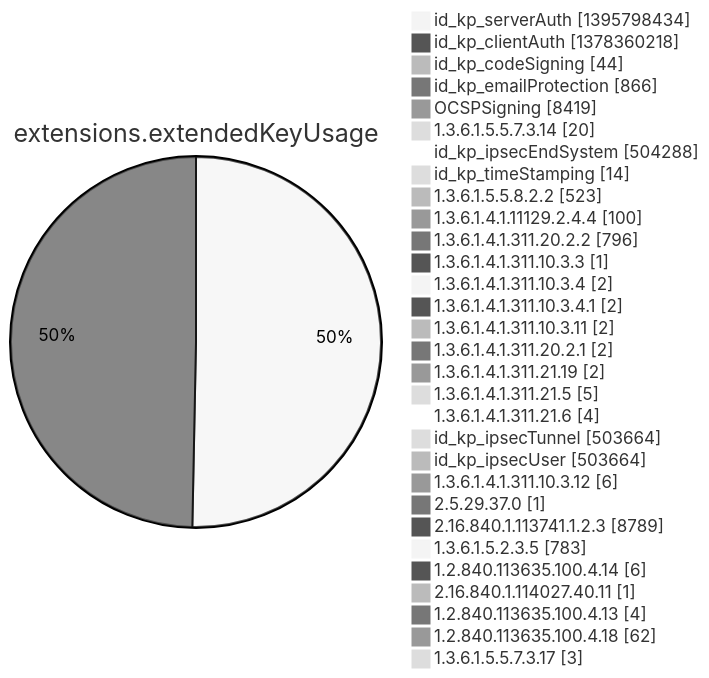
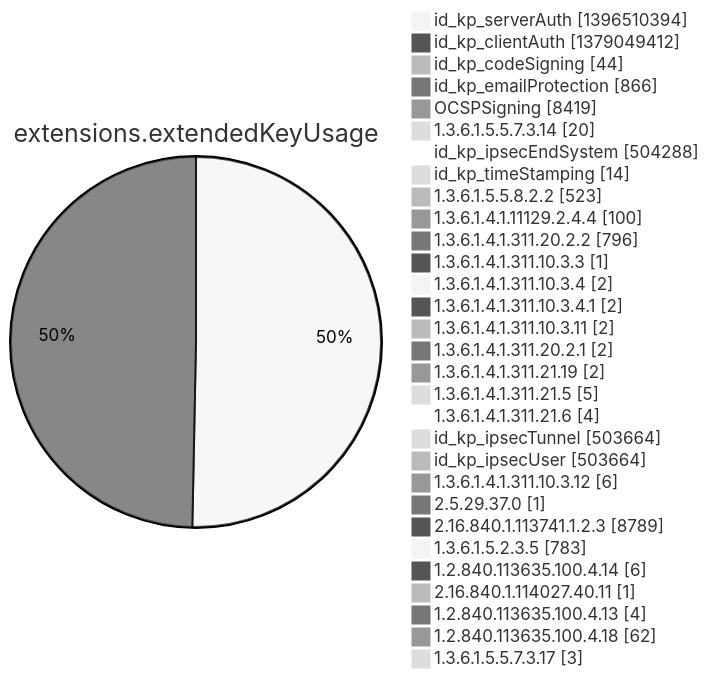
Diagram 12 of 15 in argon2022/README.md (christiankrug/ctmonitor_visualization), drawn with Mermaid (neutral theme) before and after one commit. The commit also changed other lines of this file, not shown here.

````diff
--- a/argon2022/README.md
+++ b/argon2022/README.md
@@ -3554,34 +3554,34 @@
 ```mermaid
 pie showData
 title extensions.extendedKeyUsage
-"id_kp_serverAuth" :1395798434
-"id_kp_clientAuth" :1378360218
+"id_kp_serverAuth" :1396510394
+"id_kp_clientAuth" :1379049412
 "id_kp_codeSigning" :44
 "id_kp_emailProtection" :866
 "OCSPSigning" :8419
 "1.3.6.1.5.5.7.3.14" :20
 "id_kp_ipsecEndSystem" :504288
 "id_kp_timeStamping" :14
 "1.3.6.1.5.5.8.2.2" :523
 "1.3.6.1.4.1.11129.2.4.4" :100
 "1.3.6.1.4.1.311.20.2.2" :796
 "1.3.6.1.4.1.311.10.3.3" :1
 "1.3.6.1.4.1.311.10.3.4" :2
 "1.3.6.1.4.1.311.10.3.4.1" :2
 "1.3.6.1.4.1.311.10.3.11" :2
 "1.3.6.1.4.1.311.20.2.1" :2
 "1.3.6.1.4.1.311.21.19" :2
 "1.3.6.1.4.1.311.21.5" :5
 "1.3.6.1.4.1.311.21.6" :4
 "id_kp_ipsecTunnel" :503664
 "id_kp_ipsecUser" :503664
 "1.3.6.1.4.1.311.10.3.12" :6
 "2.5.29.37.0" :1
 "2.16.840.1.113741.1.2.3" :8789
 "1.3.6.1.5.2.3.5" :783
 "1.2.840.113635.100.4.14" :6
 "2.16.840.1.114027.40.11" :1
 "1.2.840.113635.100.4.13" :4
 "1.2.840.113635.100.4.18" :62
 "1.3.6.1.5.5.7.3.17" :3
 ```
````
